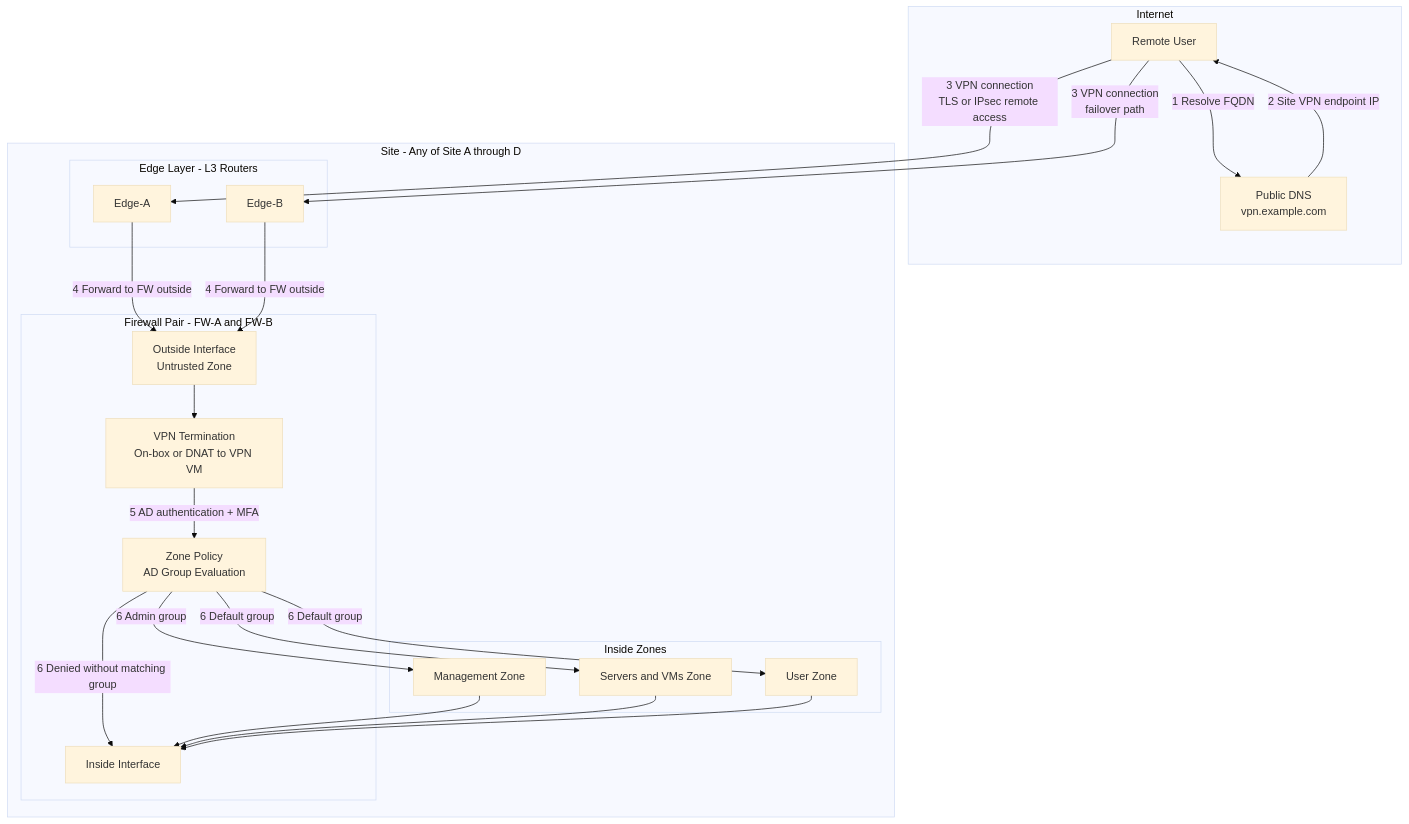
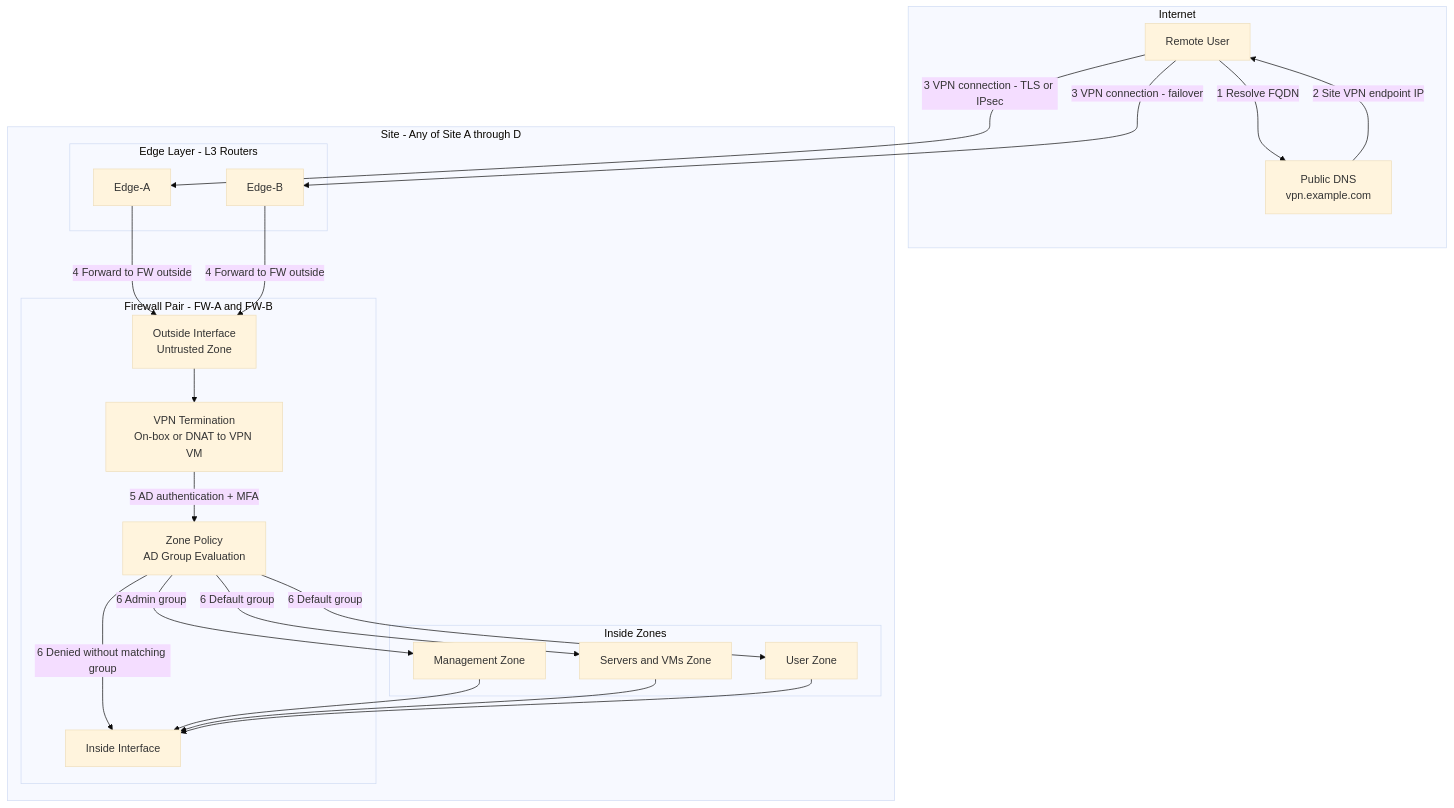
One commit to pancakesaregood/distributed-dc changed the diagram in network-spanned-dc/docs/03_diagrams/vpn_access.mmd.md. Above: the diagram before and after it, drawn with Mermaid (base theme). The commit also changed 8 other files, not shown here.

````diff
--- a/network-spanned-dc/docs/03_diagrams/vpn_access.mmd.md
+++ b/network-spanned-dc/docs/03_diagrams/vpn_access.mmd.md
@@ -5,44 +5,44 @@
 ```mermaid
 graph TD
 
   subgraph Internet
     USER[Remote User]
-    DNS[Public DNS\nvpn.example.com]
+    DNS["Public DNS<br/>vpn.example.com"]
   end
 
   subgraph SITE[Site - Any of Site A through D]
     subgraph EDGE[Edge Layer - L3 Routers]
       EA[Edge-A]
       EB[Edge-B]
     end
 
     subgraph FW[Firewall Pair - FW-A and FW-B]
-      FWOUT[Outside Interface\nUntrusted Zone]
-      VPNTERM[VPN Termination\nOn-box or DNAT to VPN VM]
-      FWPOL[Zone Policy\nAD Group Evaluation]
+      FWOUT["Outside Interface<br/>Untrusted Zone"]
+      VPNTERM["VPN Termination<br/>On-box or DNAT to VPN VM"]
+      FWPOL["Zone Policy<br/>AD Group Evaluation"]
       FWIN[Inside Interface]
     end
 
     subgraph INSIDE[Inside Zones]
       MGMT[Management Zone]
       SRV[Servers and VMs Zone]
       USR[User Zone]
     end
   end
 
   USER -->|1 Resolve FQDN| DNS
   DNS -->|2 Site VPN endpoint IP| USER
-  USER -->|3 VPN connection\nTLS or IPsec remote access| EA
-  USER -->|3 VPN connection\nfailover path| EB
+  USER -->|3 VPN connection - TLS or IPsec| EA
+  USER -->|3 VPN connection - failover| EB
   EA -->|4 Forward to FW outside| FWOUT
   EB -->|4 Forward to FW outside| FWOUT
   FWOUT --> VPNTERM
   VPNTERM -->|5 AD authentication + MFA| FWPOL
   FWPOL -->|6 Admin group| MGMT
   FWPOL -->|6 Default group| SRV
   FWPOL -->|6 Default group| USR
   FWPOL -->|6 Denied without matching group| FWIN
   MGMT --> FWIN
   SRV --> FWIN
   USR --> FWIN
 ```
````
